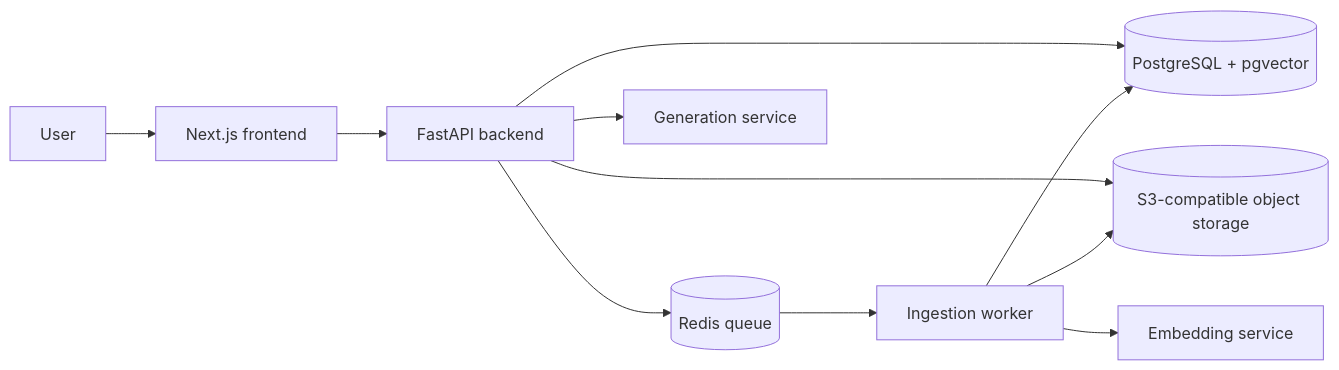
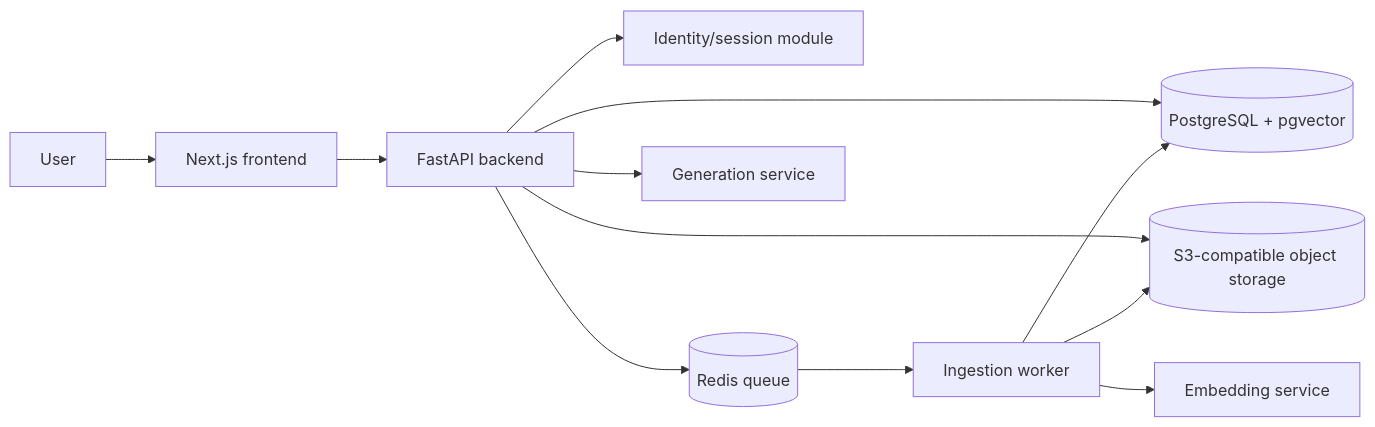
The first of 4 diagrams in docs/architecture/system-overview.md (Aliabnrm/document-rag-system), drawn with Mermaid before and after one commit. The commit also changed other lines of this file and 159 other files, not shown here.

````diff
--- a/docs/architecture/system-overview.md
+++ b/docs/architecture/system-overview.md
@@ -7,13 +7,14 @@
 ```mermaid
 flowchart LR
     U[User] --> F[Next.js frontend]
     F --> A[FastAPI backend]
+    A --> I[Identity/session module]
     A --> P[(PostgreSQL + pgvector)]
     A --> O[(S3-compatible object storage)]
     A --> R[(Redis queue)]
     R --> W[Ingestion worker]
     W --> O
     W --> P
     W --> E[Embedding service]
     A --> G[Generation service]
 ```
````
